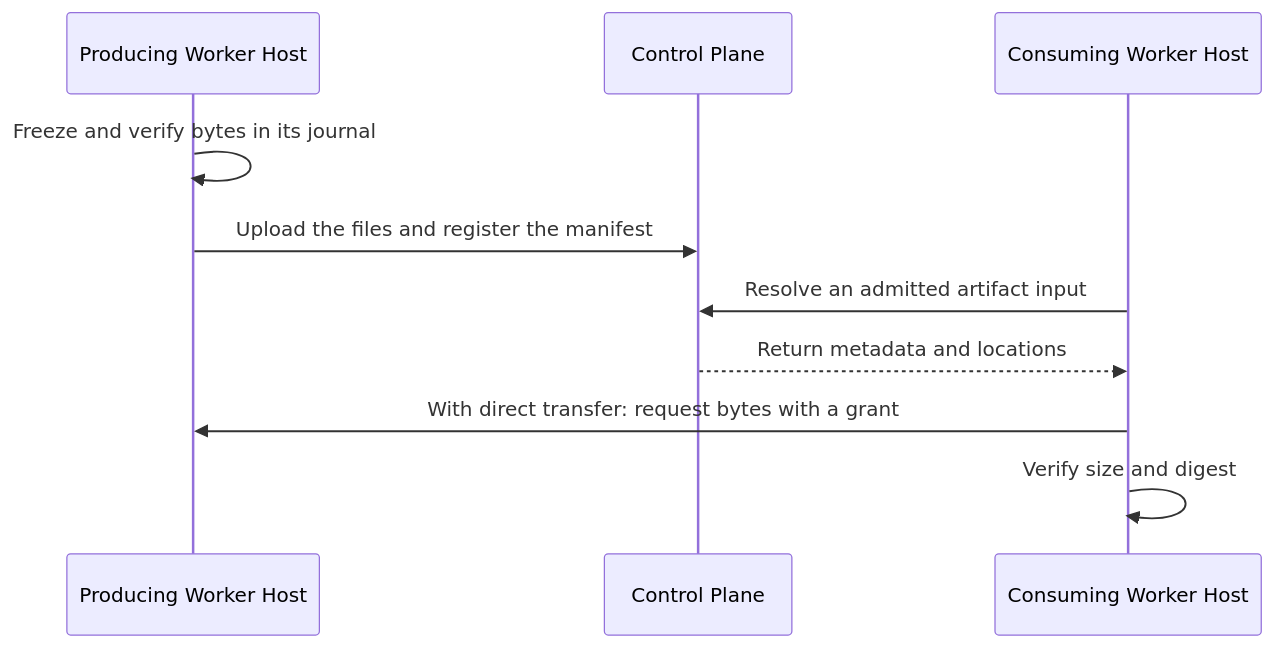
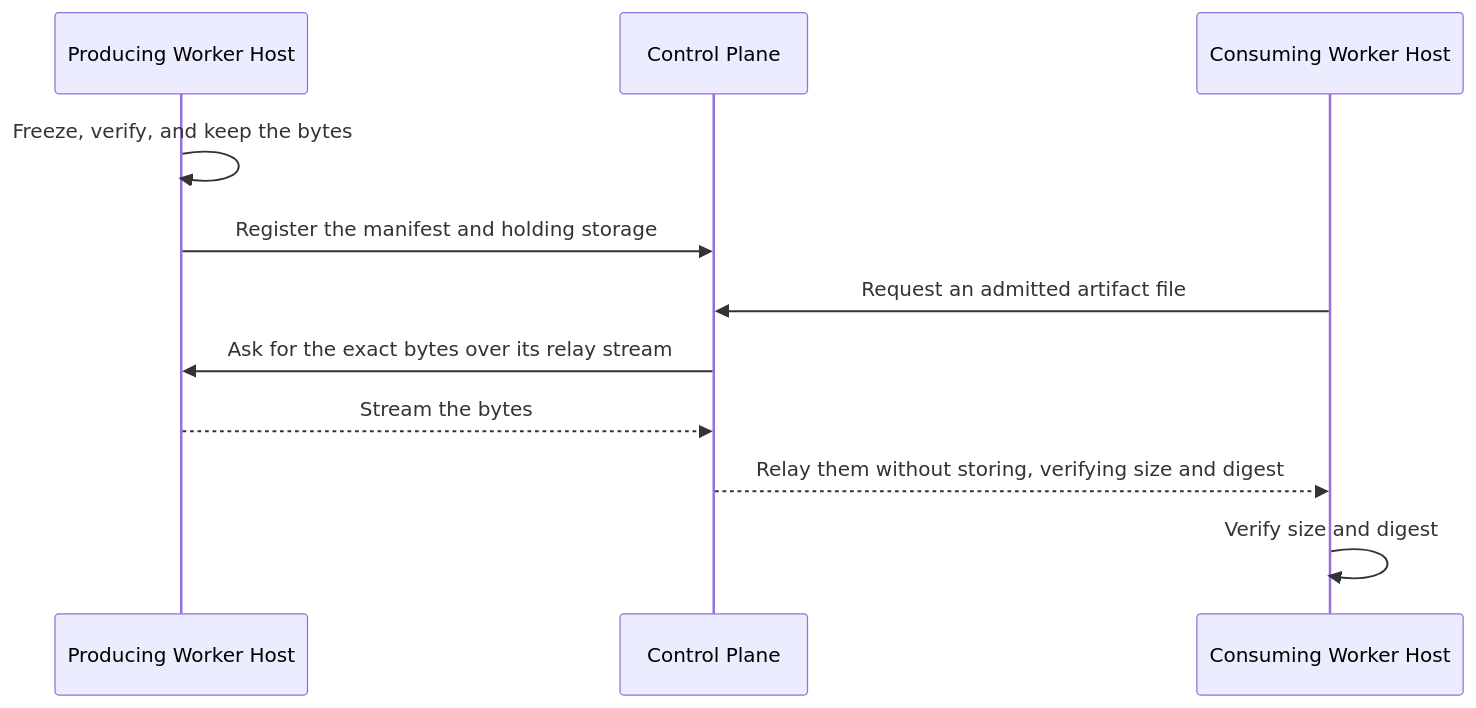
The diagram in docs/reference/artifacts.md (atemaguer/supertag), drawn with Mermaid before and after one commit. The commit also changed other lines of this file and 122 other files, not shown here.

First line of the commit message:
Keep artifacts and Workspace deliveries off the Control Plane

````diff
--- a/docs/reference/artifacts.md
+++ b/docs/reference/artifacts.md
@@ -23,13 +25,14 @@
 ```mermaid
 sequenceDiagram
     participant Producer as Producing Worker Host
     participant Control as Control Plane
     participant Consumer as Consuming Worker Host
 
-    Producer->>Producer: Freeze and verify bytes in its journal
-    Producer->>Control: Upload the files and register the manifest
-    Consumer->>Control: Resolve an admitted artifact input
-    Control-->>Consumer: Return metadata and locations
-    Consumer->>Producer: With direct transfer: request bytes with a grant
+    Producer->>Producer: Freeze, verify, and keep the bytes
+    Producer->>Control: Register the manifest and holding storage
+    Consumer->>Control: Request an admitted artifact file
+    Control->>Producer: Ask for the exact bytes over its relay stream
+    Producer-->>Control: Stream the bytes
+    Control-->>Consumer: Relay them without storing, verifying size and digest
     Consumer->>Consumer: Verify size and digest
 ```
````
